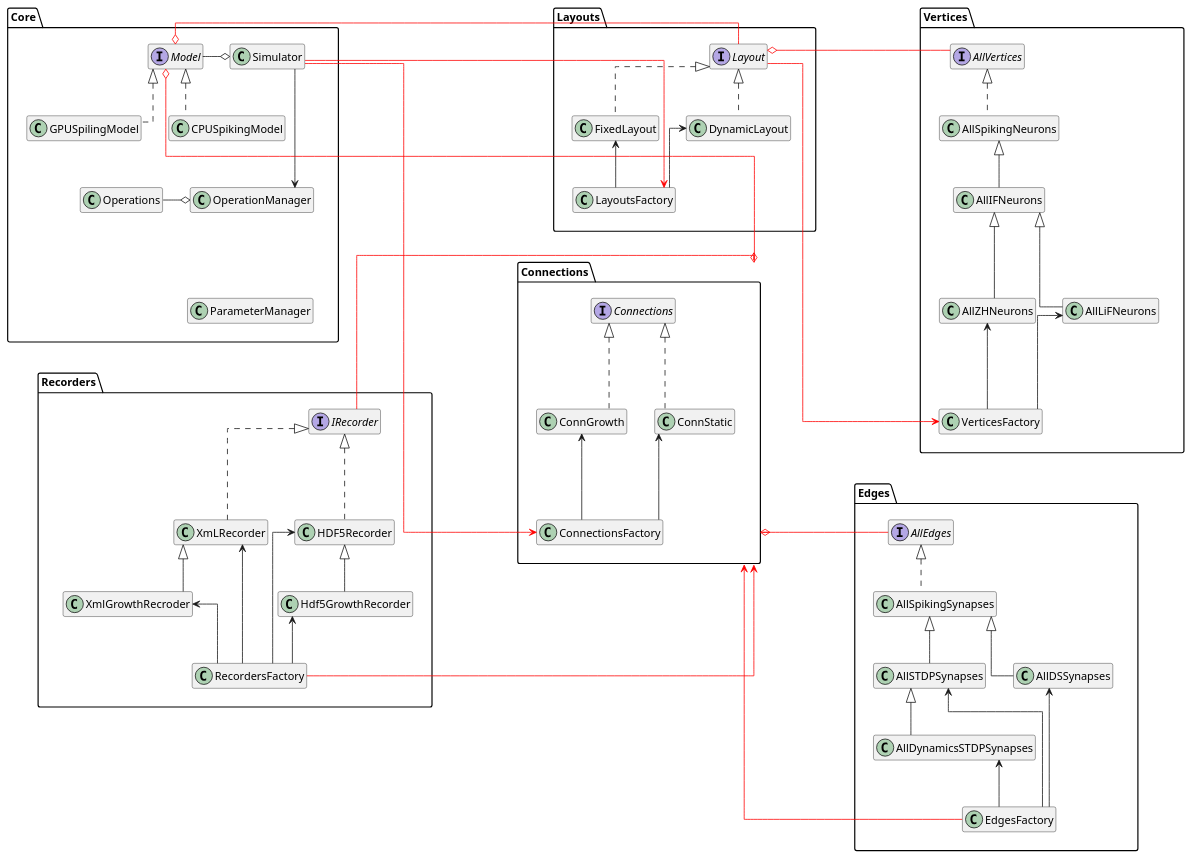
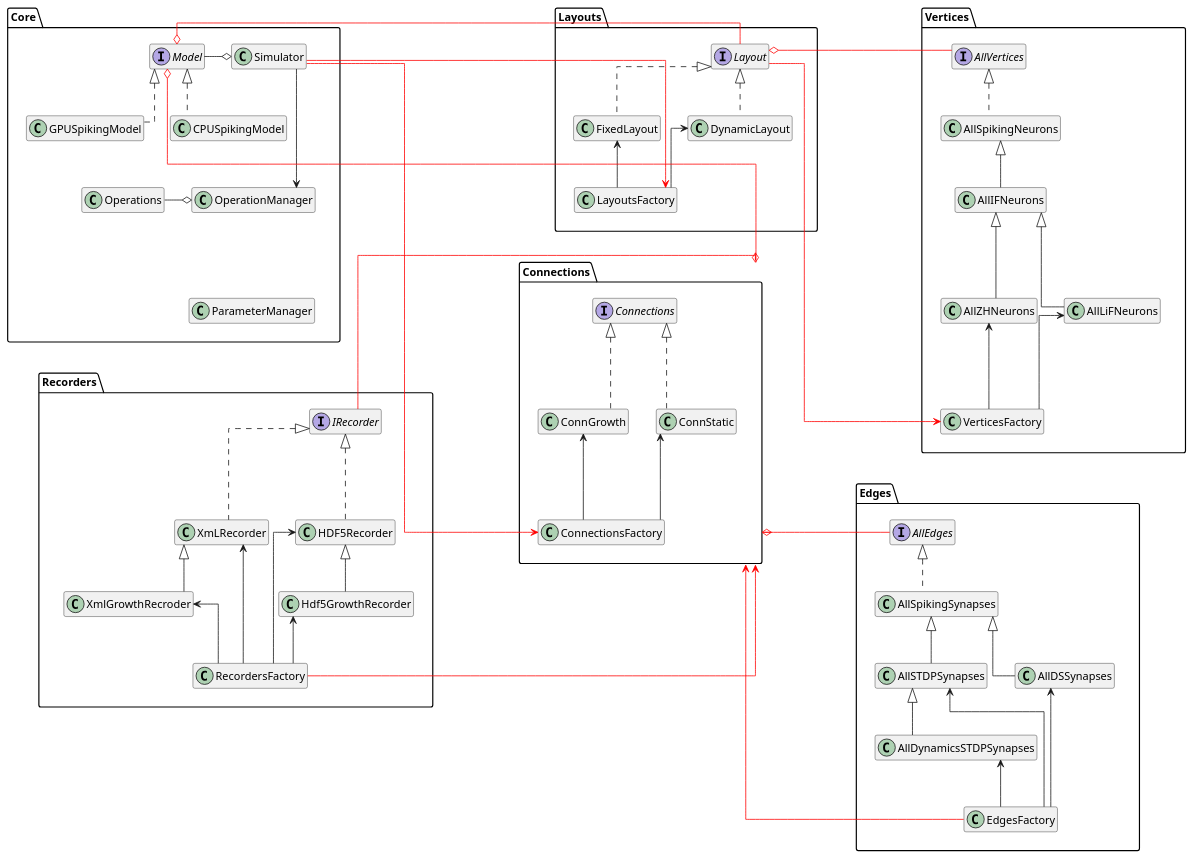
The diagram in docs/Developer/ClassDiagrams/packages.puml (UWB-Biocomputing/Graphitti), drawn with PlantUML before and after one commit.

Commit message:
update the packages.puml f for issue#331

```diff
--- a/docs/Developer/ClassDiagrams/packages.puml
+++ b/docs/Developer/ClassDiagrams/packages.puml
@@ -1,100 +1,99 @@
 @startuml package UML
 
 /' set up line '/
 skinparam linetype ortho
 /' hide the class members '/
 hide members
 
 /' packages '/
 package Core{
 	/' class '/
    class Simulator
    class CPUSpikingModel implements Model
-	class GPUSpilingModel implements Model
+	class GPUSpikingModel implements Model
 	class Operations
 	class OperationManager
 	class ParameterManager
 
 	/' class relationships '/
 	Model -left-o Simulator 
 	Operations -right-o OperationManager   
 	Simulator ---> OperationManager 
 
 	/' relative position of classes in this package'/
-	CPUSpikingModel-[hidden]right>GPUSpilingModel
-	CPUSpikingModel-[hidden]->Operations
-   OperationManager -[hidden]->ParameterManager
+	CPUSpikingModel -[hidden]right> GPUSpikingModel
+	CPUSpikingModel -[hidden]-> Operations
+   OperationManager -[hidden]-> ParameterManager
 }
 
 package Layouts{
 	class FixedLayout implements Layout
 	class DynamicLayout implements Layout
 	class LayoutsFactory
 	FixedLayout <-- LayoutsFactory
-	DynamicLayout<-- LayoutsFactory	
+	DynamicLayout <-- LayoutsFactory	
 }
 
 package Vertices{
 	class AllSpikingNeurons implements AllVertices
 	class AllIFNeurons extends AllSpikingNeurons
 	class AllLiFNeurons extends AllIFNeurons
 	class AllZHNeurons extends AllIFNeurons
 	class VerticesFactory 
-	VerticesFactory -up->AllLiFNeurons
-	VerticesFactory -up->AllZHNeurons
+	VerticesFactory -up-> AllLiFNeurons
+	VerticesFactory -up-> AllZHNeurons
 }
 
 package Recorders{
 	class  XmLRecorder implements IRecorder
 	class HDF5Recorder implements IRecorder
 	class XmlGrowthRecroder extends XmLRecorder
 	class Hdf5GrowthRecorder extends HDF5Recorder
 	class RecordersFactory
 	XmLRecorder <-- RecordersFactory
-	HDF5Recorder<-- RecordersFactory
-	XmlGrowthRecroder<-- RecordersFactory
-	Hdf5GrowthRecorder<-- RecordersFactory
+	HDF5Recorder <-- RecordersFactory
+	XmlGrowthRecroder <-- RecordersFactory
+	Hdf5GrowthRecorder <-- RecordersFactory
 }
 
 package Connections{
 	class ConnStatic implements Connections
 	class ConnGrowth Implements Connections
 	class ConnectionsFactory
 	ConnectionsFactory --up> ConnStatic
 	ConnectionsFactory --up> ConnGrowth  
 }
 
 package Edges{
 	class AllSpikingSynapses implements AllEdges
 	class AllSTDPSynapses extends AllSpikingSynapses
 	class AllDSSynapses extends AllSpikingSynapses
 	class AllDynamicsSTDPSynapses extends AllSTDPSynapses
 	class EdgesFactory
-	EdgesFactory --up->AllSTDPSynapses
-	EdgesFactory --up->AllDSSynapses
-	EdgesFactory --up>AllDynamicsSTDPSynapses
+	EdgesFactory --up-> AllSTDPSynapses
+	EdgesFactory --up-> AllDSSynapses
+	EdgesFactory --up> AllDynamicsSTDPSynapses
 }
 
 /' set up packages position '/
 Core -[hidden]right>  Layouts
 Layouts -[hidden]right> Vertices
 Core -[hidden]down---> Recorders
-Layouts -[hidden]down--->Connections
+Layouts -[hidden]down---> Connections
 Vertices -[hidden]down-----> Edges
 
 /'relative position of classes between different packages'/
-Simulator -[#red]->LayoutsFactory
-Simulator -[#red]-->ConnectionsFactory
+Simulator -[#red]-> LayoutsFactory
+Simulator -[#red]--> ConnectionsFactory
 Model o-[#red] Layout
 Model o-[#red]-- Connections
 /'relative position between package Layouts - Vertices'/
 Layout o-[#red] AllVertices
 Layout -[#red]---> VerticesFactory
 
 /'relative position between package connections and other package'/
 Connections o-[#red]- IRecorder
 Connections o-[#red]- AllEdges
 Connections <-[#red]---- RecordersFactory
 Connections <-[#red]---- EdgesFactory
-
 @enduml
```
